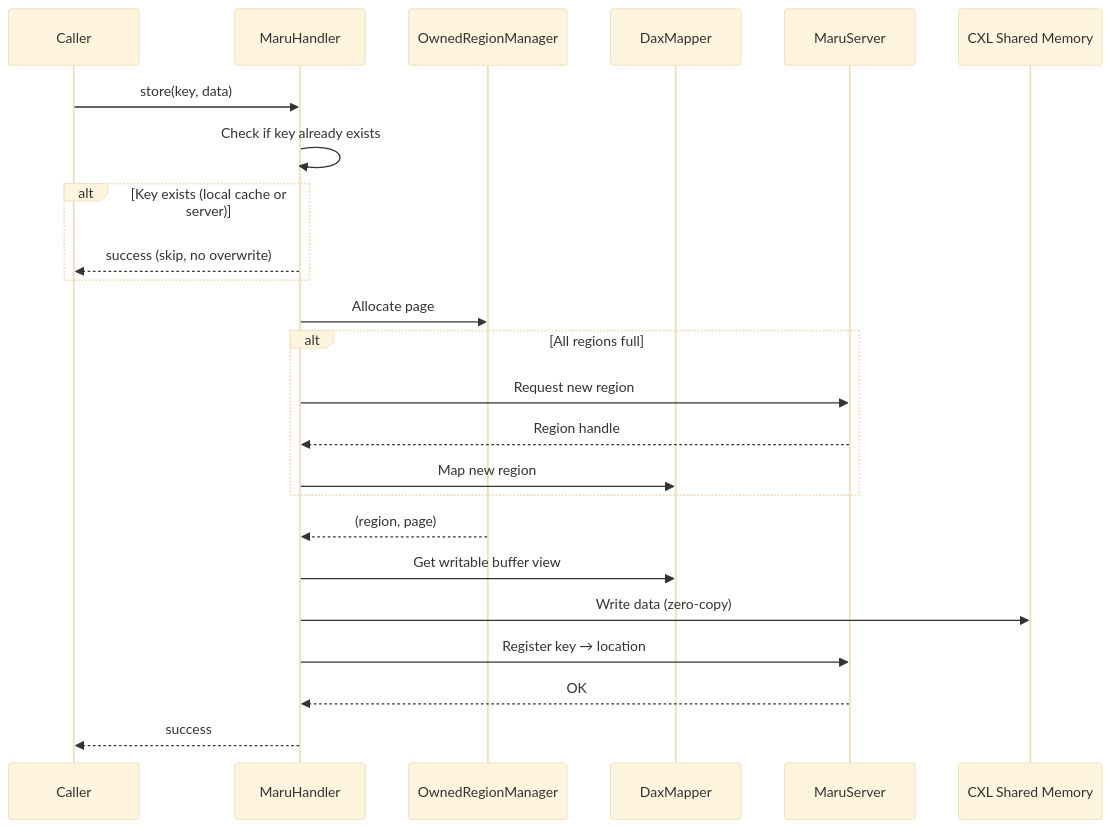
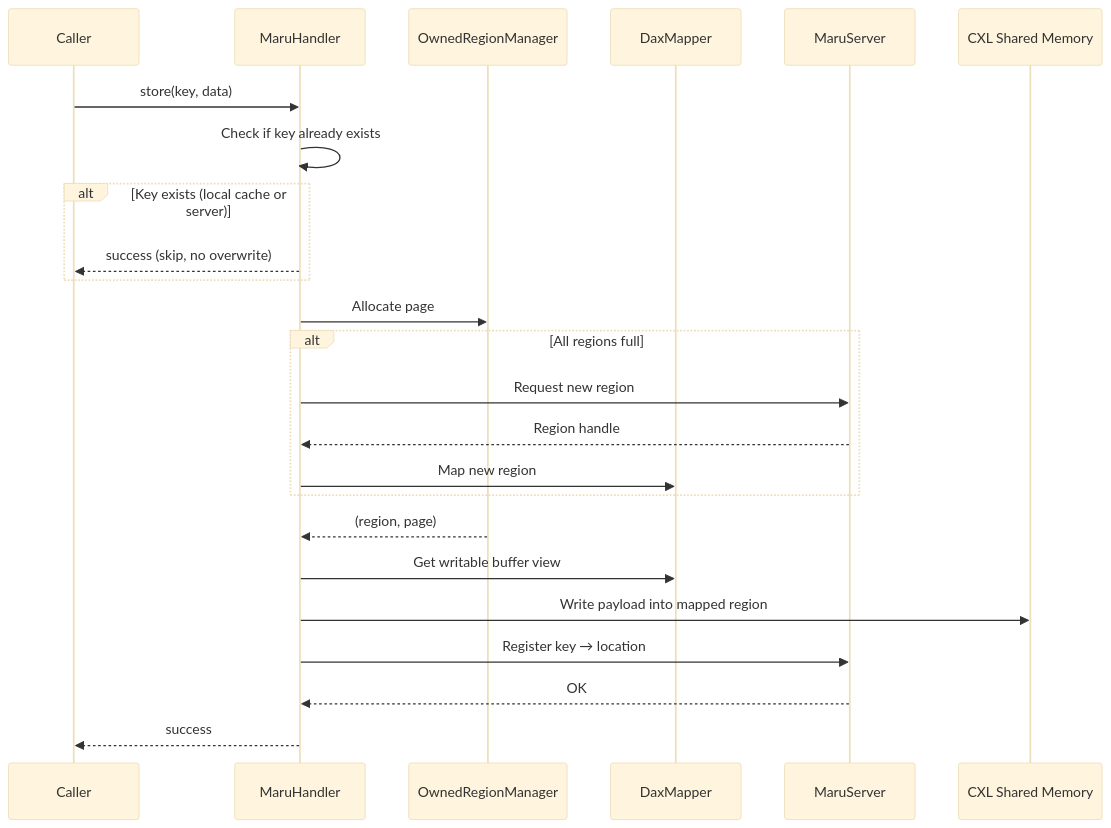
Before and after one commit to xcena-dev/maru: the fourth of 6 diagrams in docs/source/design_doc/maru_handler.md, drawn with Mermaid (base theme). The commit also changed other lines of this file and 13 other files, not shown here.

````diff
--- a/docs/source/design_doc/maru_handler.md
+++ b/docs/source/design_doc/maru_handler.md
@@ -153,27 +153,27 @@
 ```mermaid
 sequenceDiagram
     participant C as Caller
     participant H as MaruHandler
     participant ORM as OwnedRegionManager
     participant DM as DaxMapper
     participant CP as MaruServer
     participant CXL as CXL Shared Memory
 
     C->>H: store(key, data)
     H->>H: Check if key already exists
     alt Key exists (local cache or server)
         H-->>C: success (skip, no overwrite)
     end
     H->>ORM: Allocate page
     alt All regions full
         H->>CP: Request new region
         CP-->>H: Region handle
         H->>DM: Map new region
     end
     ORM-->>H: (region, page)
     H->>DM: Get writable buffer view
-    H->>CXL: Write data (zero-copy)
+    H->>CXL: Write payload into mapped region
     H->>CP: Register key → location
     CP-->>H: OK
     H-->>C: success
 ```
````
